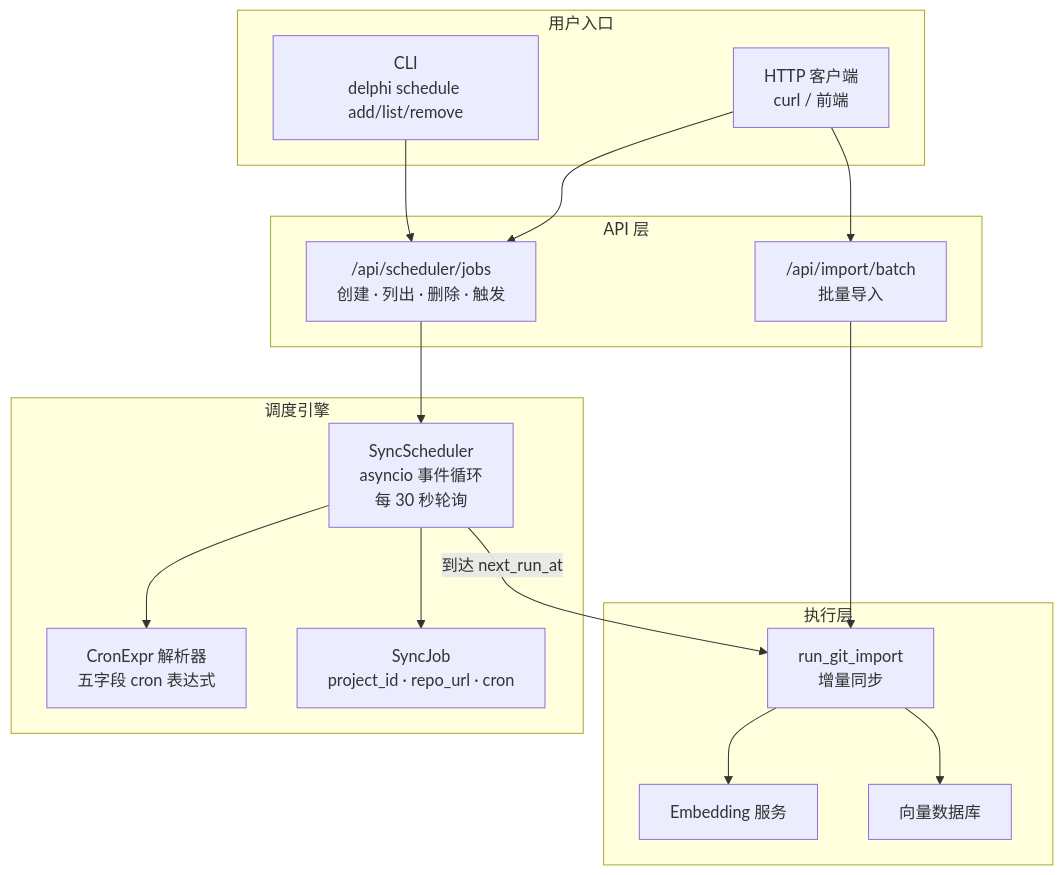
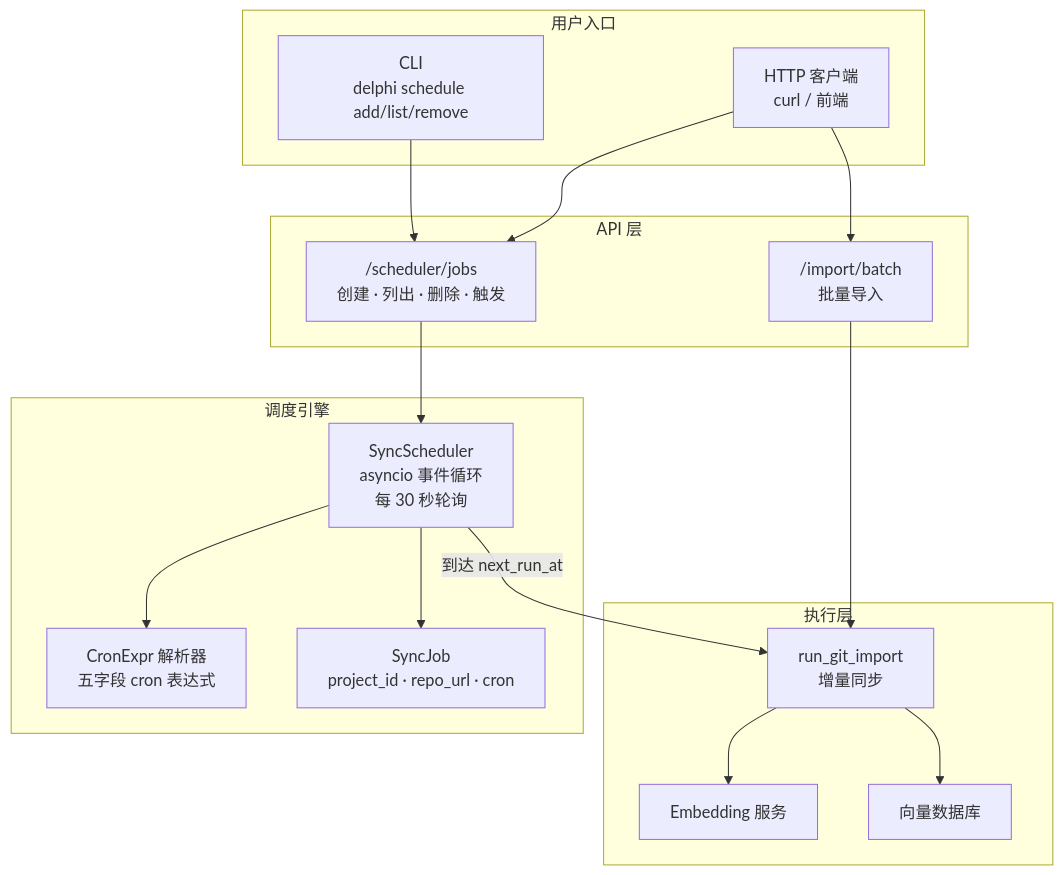
One commit to SakuraPuare/Delphi changed the diagram in docs/guide/scheduler.md. Above: the diagram before and after it, drawn with Mermaid. The commit also changed other lines of this file and 4 other files, not shown here.

````diff
--- a/docs/guide/scheduler.md
+++ b/docs/guide/scheduler.md
@@ -271,38 +271,38 @@
 ```mermaid
 graph TB
     subgraph 用户入口
         CLI["CLI<br/>delphi schedule add/list/remove"]
         API_Client["HTTP 客户端<br/>curl / 前端"]
     end
 
     subgraph API 层
-        Scheduler_API["/api/scheduler/jobs<br/>创建 · 列出 · 删除 · 触发"]
-        Import_API["/api/import/batch<br/>批量导入"]
+        Scheduler_API["/scheduler/jobs<br/>创建 · 列出 · 删除 · 触发"]
+        Import_API["/import/batch<br/>批量导入"]
     end
 
     subgraph 调度引擎
         SyncScheduler["SyncScheduler<br/>asyncio 事件循环<br/>每 30 秒轮询"]
         CronParser["CronExpr 解析器<br/>五字段 cron 表达式"]
         SyncJob["SyncJob<br/>project_id · repo_url · cron"]
     end
 
     subgraph 执行层
         GitImport["run_git_import<br/>增量同步"]
         Embedding["Embedding 服务"]
         VectorDB["向量数据库"]
     end
 
     CLI --> Scheduler_API
     API_Client --> Scheduler_API
     API_Client --> Import_API
 
     Scheduler_API --> SyncScheduler
     Import_API --> GitImport
 
     SyncScheduler --> CronParser
     SyncScheduler --> SyncJob
     SyncScheduler -->|"到达 next_run_at"| GitImport
 
     GitImport --> Embedding
     GitImport --> VectorDB
 ```
````
